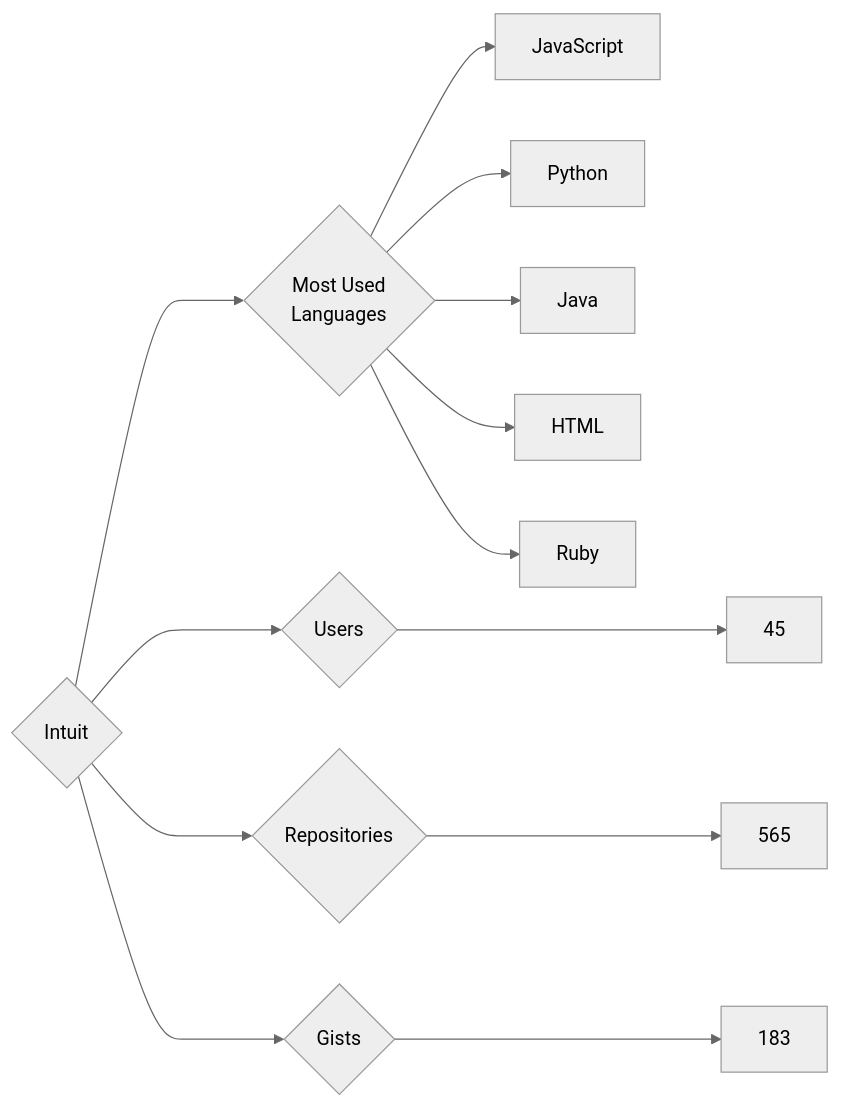
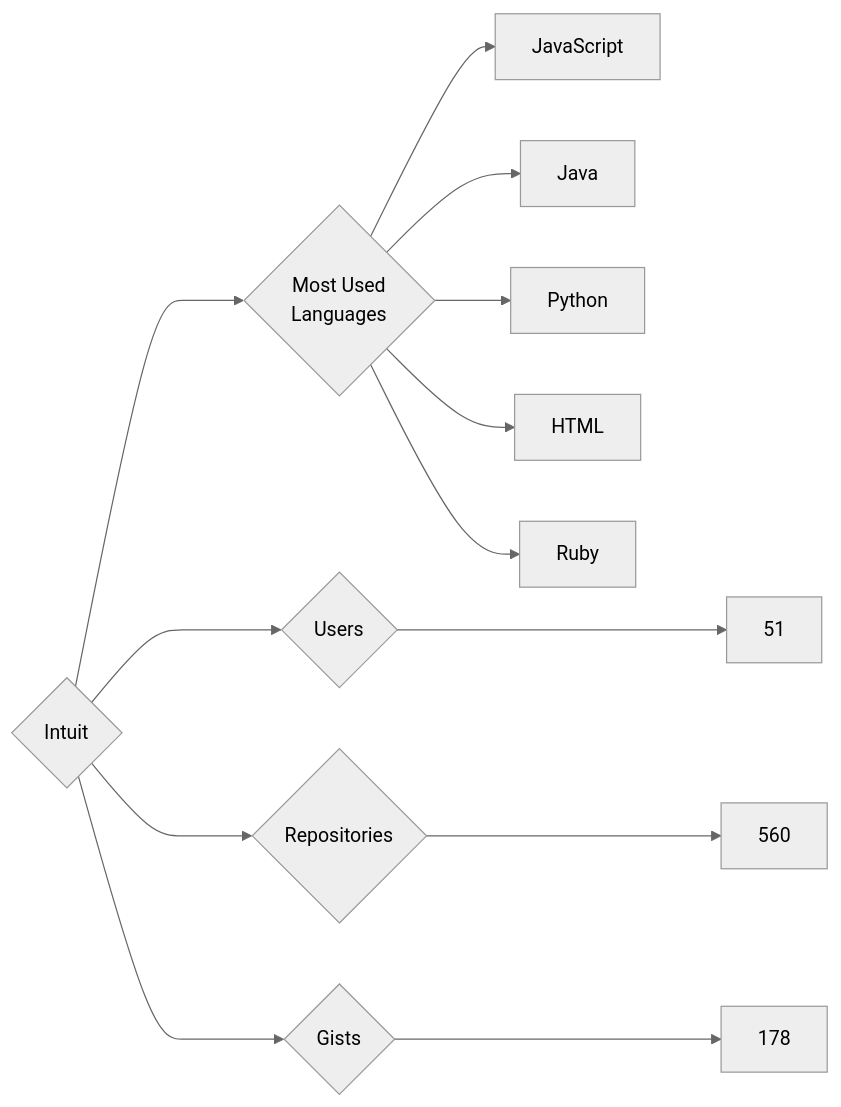
Before and after one commit to trickest/insiders: the diagram in targets/Intuit/README.md, drawn with Mermaid (neutral theme). The commit also changed 914 other files, not shown here.

````diff
--- a/targets/Intuit/README.md
+++ b/targets/Intuit/README.md
@@ -3,13 +3,13 @@
 ```mermaid
 graph LR
 COMPANY_NAME{Intuit}
-COMPANY_NAME ---> U{Users} ---> UN[45]
-COMPANY_NAME ---> R{Repositories} ---> RN[565]
-COMPANY_NAME ---> G{Gists} ---> GN[183]
+COMPANY_NAME ---> U{Users} ---> UN[51]
+COMPANY_NAME ---> R{Repositories} ---> RN[560]
+COMPANY_NAME ---> G{Gists} ---> GN[178]
 COMPANY_NAME ---> ML{Most Used<br>Languages}
 ML --> JavaScript[JavaScript]
+ML --> Java[Java]
 ML --> Python[Python]
-ML --> Java[Java]
 ML --> HTML[HTML]
 ML --> Ruby[Ruby]
 ```
````
